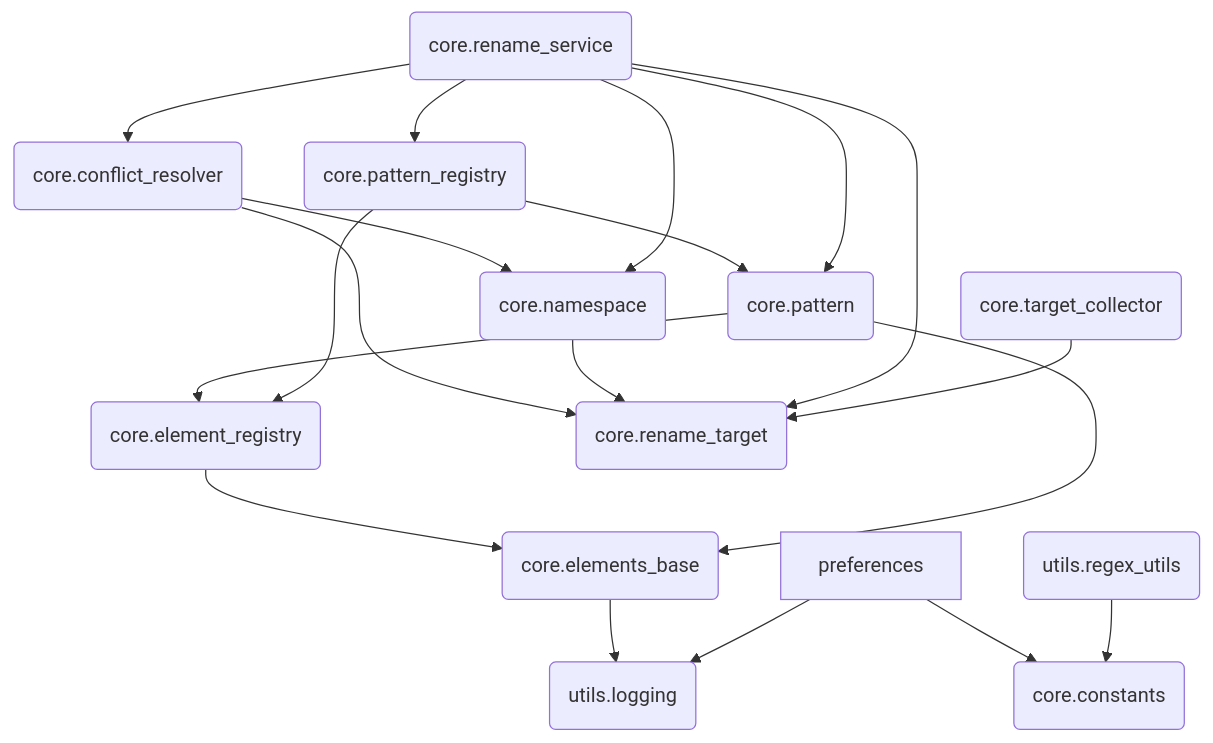
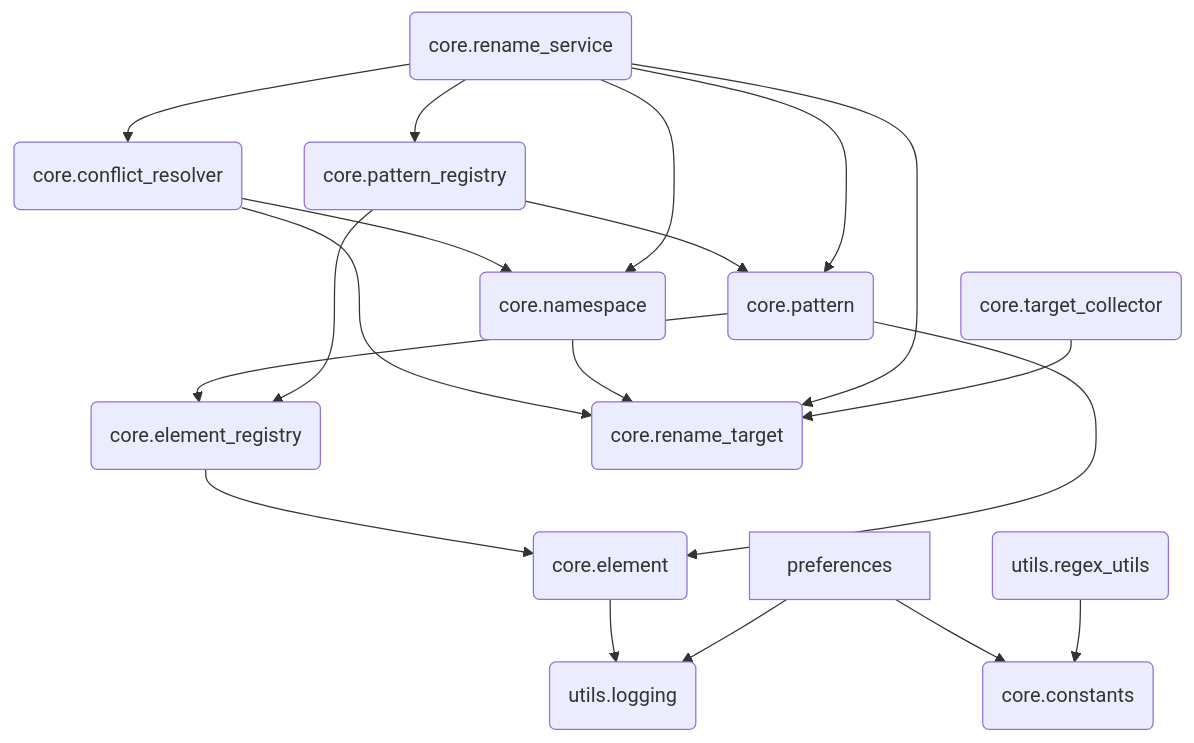
One commit to Pluglug/modular-renamer changed the diagram in debug/module_dependencies.mmd. Above: the diagram before and after it, drawn with Mermaid. The commit also changed 6 other files, not shown here.

Commit message:
Changed from core_elements_base to core_elemet

```diff
--- a/debug/module_dependencies.mmd
+++ b/debug/module_dependencies.mmd
@@ -1,38 +1,38 @@
 ---
 config:
   theme: default
   flowchart:
     curve: basis
 ---
 flowchart TD
     core_conflict_resolver(core.conflict_resolver)
     core_constants(core.constants)
     core_element_registry(core.element_registry)
-    core_elements_base(core.elements_base)
+    core_element(core.element)
     core_namespace(core.namespace)
     core_pattern(core.pattern)
     core_pattern_registry(core.pattern_registry)
     core_rename_service(core.rename_service)
     core_rename_target(core.rename_target)
     core_target_collector(core.target_collector)
     preferences[preferences]
     utils_logging(utils.logging)
     utils_regex_utils(utils.regex_utils)
     core_conflict_resolver --> core_rename_target
     core_conflict_resolver --> core_namespace
-    core_element_registry --> core_elements_base
-    core_elements_base --> utils_logging
+    core_element_registry --> core_element
+    core_element --> utils_logging
     core_namespace --> core_rename_target
-    core_pattern --> core_elements_base
+    core_pattern --> core_element
     core_pattern --> core_element_registry
     core_pattern_registry --> core_element_registry
     core_pattern_registry --> core_pattern
     core_rename_service --> core_namespace
     core_rename_service --> core_pattern_registry
     core_rename_service --> core_conflict_resolver
     core_rename_service --> core_pattern
     core_rename_service --> core_rename_target
     core_target_collector --> core_rename_target
     preferences --> core_constants
     preferences --> utils_logging
     utils_regex_utils --> core_constants
```
